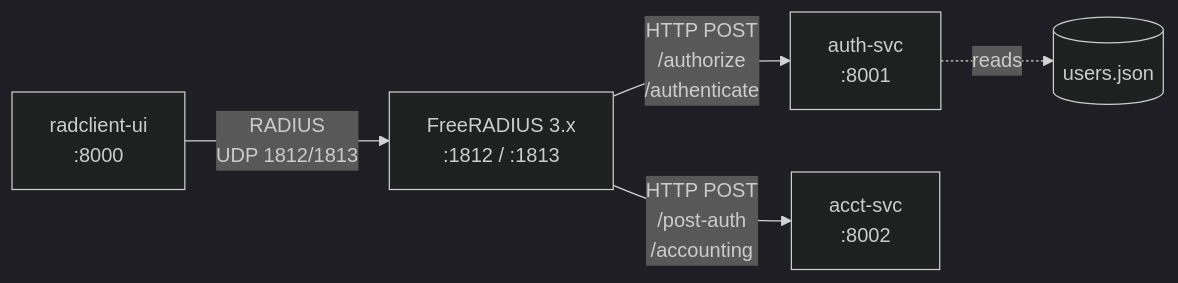
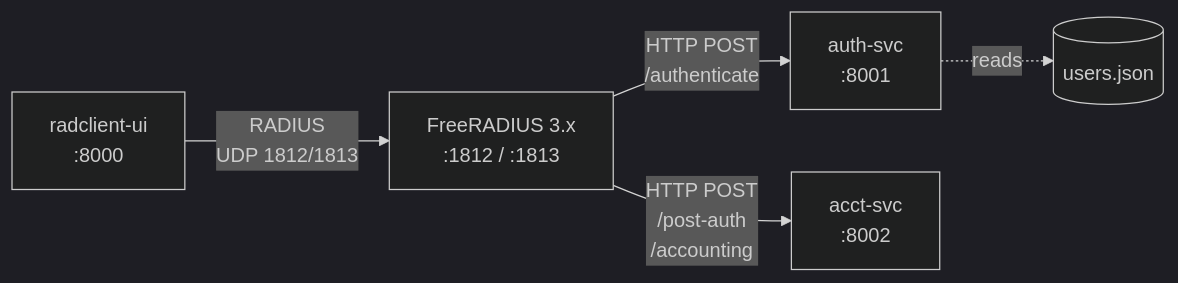
Before and after one commit to Work-Systems-Ltd/freeradius-http-auth: the first of 6 diagrams in README.md, drawn with Mermaid (dark theme). The commit also changed other lines of this file and 3 other files, not shown here.

````diff
--- a/README.md
+++ b/README.md
@@ -9,7 +9,7 @@
 ```mermaid
 graph LR
     RC[radclient-ui<br/>:8000] -- "RADIUS<br/>UDP 1812/1813" --> FR[FreeRADIUS 3.x<br/>:1812 / :1813]
-    FR -- "HTTP POST<br/>/authorize<br/>/authenticate" --> AS[auth-svc<br/>:8001]
+    FR -- "HTTP POST<br/>/authenticate" --> AS[auth-svc<br/>:8001]
     FR -- "HTTP POST<br/>/post-auth<br/>/accounting" --> AC[acct-svc<br/>:8002]
     AS -. "reads" .-> UJ[(users.json)]
 ```
````
